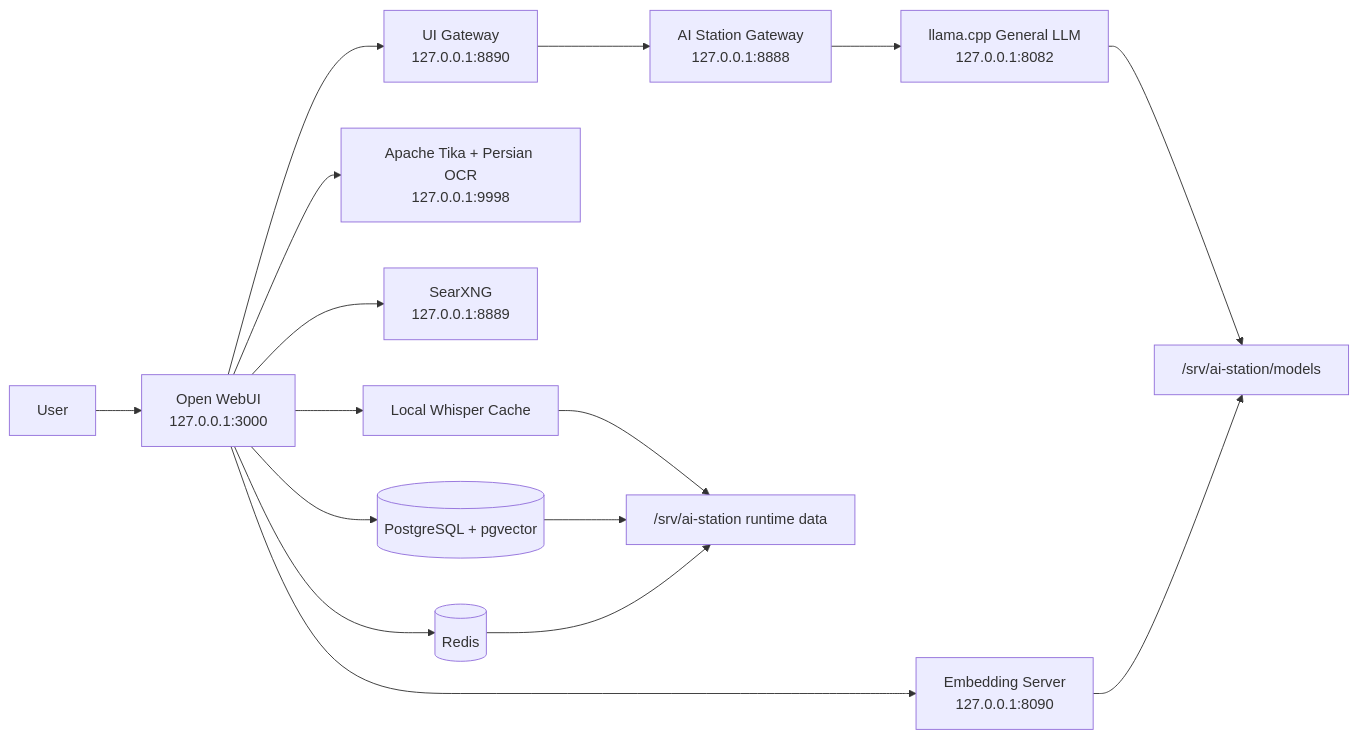
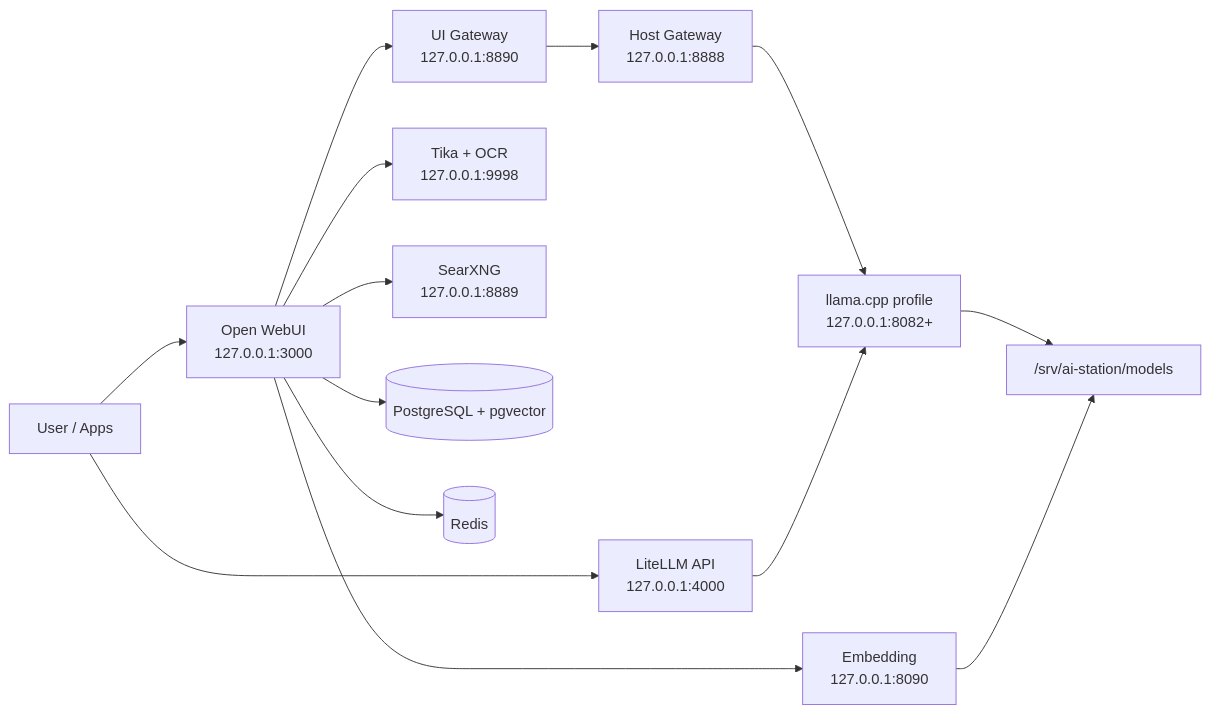
The diagram in README.md (Ramtin-Karbaschi/ai-station), drawn with Mermaid before and after one commit. The commit also changed other lines of this file and 73 other files, not shown here.

```diff
--- a/README.md
+++ b/README.md
@@ -94,21 +109,19 @@
 ~~~mermaid
 flowchart LR
-    U[User] --> W[Open WebUI<br/>127.0.0.1:3000]
+    U[User / Apps] --> W[Open WebUI<br/>127.0.0.1:3000]
+    U --> API[LiteLLM API<br/>127.0.0.1:4000]
 
     W --> UI[UI Gateway<br/>127.0.0.1:8890]
-    UI --> G[AI Station Gateway<br/>127.0.0.1:8888]
-    G --> L[llama.cpp General LLM<br/>127.0.0.1:8082]
+    UI --> G[Host Gateway<br/>127.0.0.1:8888]
+    G --> L[llama.cpp profile<br/>127.0.0.1:8082+]
+    API --> L
 
-    W --> E[Embedding Server<br/>127.0.0.1:8090]
-    W --> T[Apache Tika + Persian OCR<br/>127.0.0.1:9998]
+    W --> E[Embedding<br/>127.0.0.1:8090]
+    W --> T[Tika + OCR<br/>127.0.0.1:9998]
     W --> S[SearXNG<br/>127.0.0.1:8889]
     W --> P[(PostgreSQL + pgvector)]
     W --> R[(Redis)]
-    W --> STT[Local Whisper Cache]
 
     L --> M["/srv/ai-station/models"]
     E --> M
-    STT --> D["/srv/ai-station runtime data"]
-    P --> D
-    R --> D
 ~~~
```
